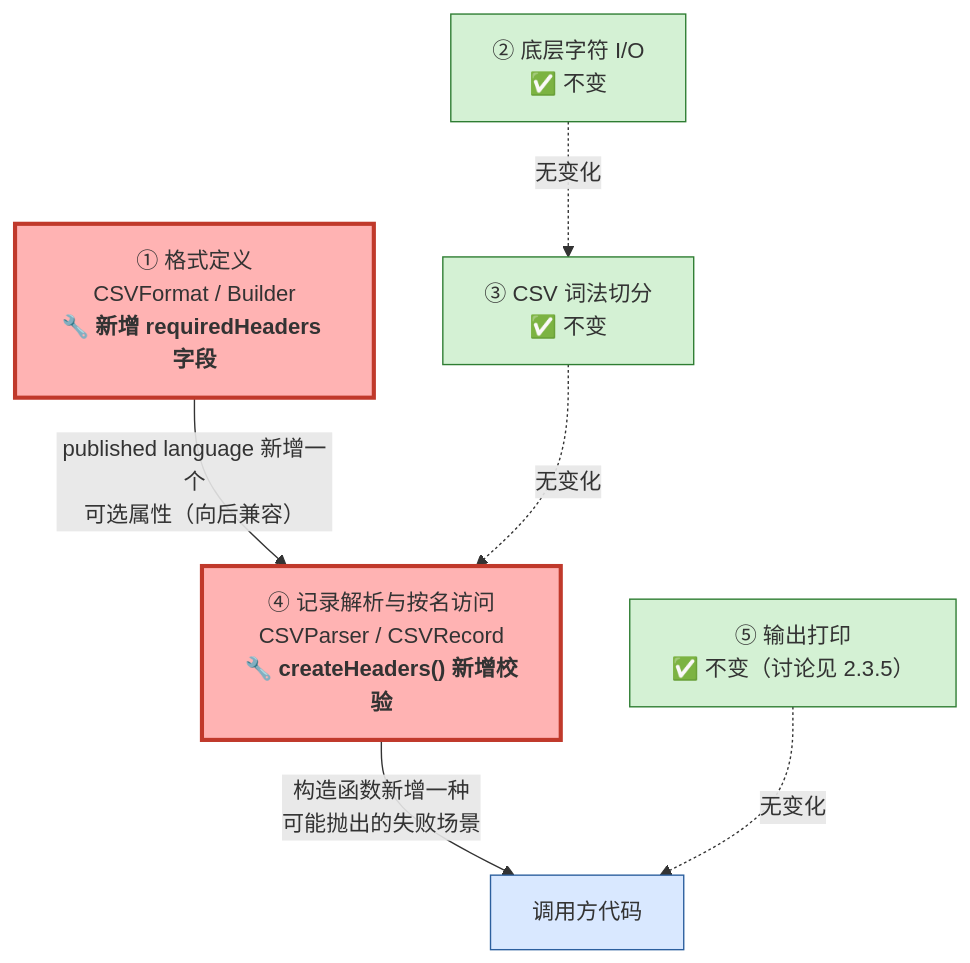
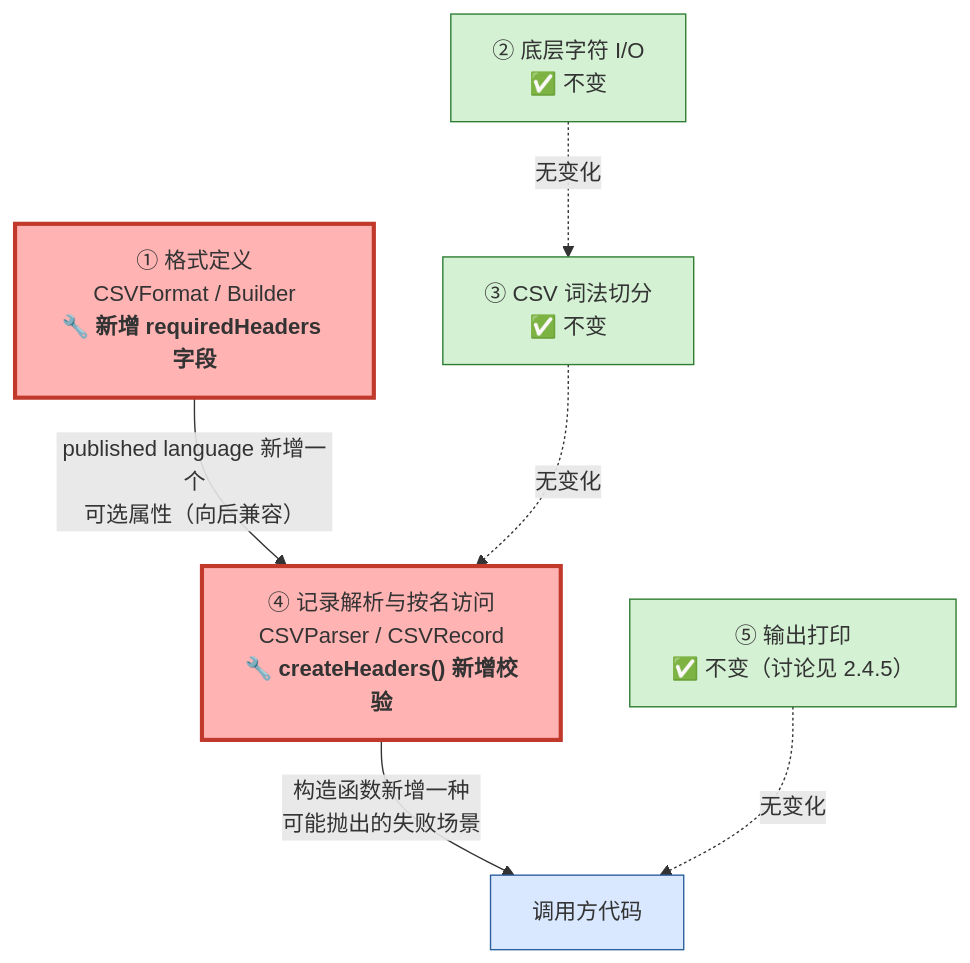
Before and after one commit to wubin28/first-pass-trust: the third of 4 diagrams in ch02/README.md, drawn with Mermaid. The commit also changed other lines of this file and 2 other files, not shown here.

````diff
--- a/ch02/README.md
+++ b/ch02/README.md
@@ -267,21 +447,21 @@
 ```mermaid
 graph TB
     FMT["① 格式定义<br/>CSVFormat / Builder<br/><b>🔧 新增 requiredHeaders 字段</b>"]
     IO["② 底层字符 I/O<br/>✅ 不变"]
     LEX["③ CSV 词法切分<br/>✅ 不变"]
     PARSE["④ 记录解析与按名访问<br/>CSVParser / CSVRecord<br/><b>🔧 createHeaders() 新增校验</b>"]
-    PRINT["⑤ 输出打印<br/>✅ 不变（讨论见 2.3.5）"]
+    PRINT["⑤ 输出打印<br/>✅ 不变（讨论见 2.4.5）"]
 
     FMT -- "published language 新增一个<br/>可选属性（向后兼容）" --> PARSE
     IO -.->|无变化| LEX
     LEX -.->|无变化| PARSE
     PARSE -- "构造函数新增一种<br/>可能抛出的失败场景" --> USER["调用方代码"]
     PRINT -.->|无变化| USER
 
     style FMT fill:#ffb3b3,stroke:#c0392b,stroke-width:3px
     style PARSE fill:#ffb3b3,stroke:#c0392b,stroke-width:3px
     style IO fill:#d4f1d4,stroke:#2e7d32
     style LEX fill:#d4f1d4,stroke:#2e7d32
     style PRINT fill:#d4f1d4,stroke:#2e7d32
     style USER fill:#d9e8ff,stroke:#2c5f9e
 ```
````
